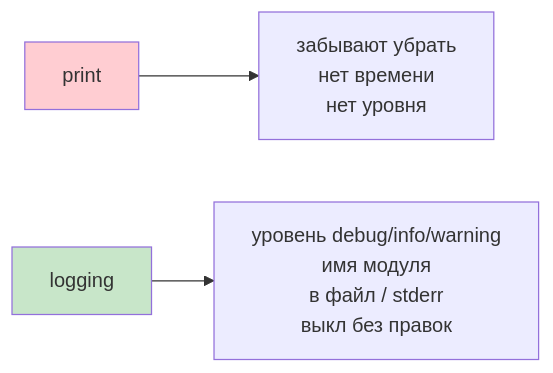
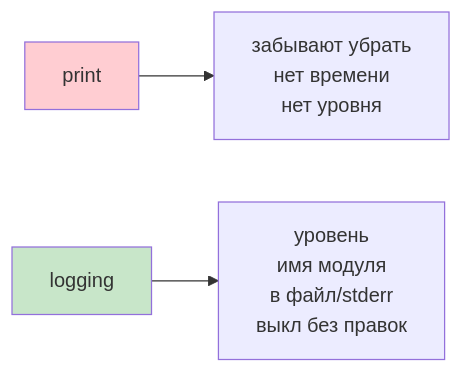
One commit to JayStorm228/College changed the third of 5 diagrams in 02_Курсы/01. Инженерные практики Python/01_Лекции/09. Отладка и диагностика.md. Above: the diagram before and after it, drawn with Mermaid. The commit also changed other lines of this file and 7 other files, not shown here.

First line of the commit message:
инженерка 09,11-17: перепись разжёвано + диаграммы

````diff
--- a/02_Курсы/01. Инженерные практики Python/01_Лекции/09. Отладка и диагностика.md
+++ b/02_Курсы/01. Инженерные практики Python/01_Лекции/09. Отладка и диагностика.md
@@ -120,7 +127,7 @@
 ```mermaid
 flowchart LR
   A[print] --> B[забывают убрать<br>нет времени<br>нет уровня]
-  C[logging] --> D[уровень debug/info/warning<br>имя модуля<br>в файл / stderr<br>выкл без правок]
+  C[logging] --> D[уровень<br>имя модуля<br>в файл/stderr<br>выкл без правок]
   style A fill:#ffcdd2
   style C fill:#c8e6c9
 ```
````
